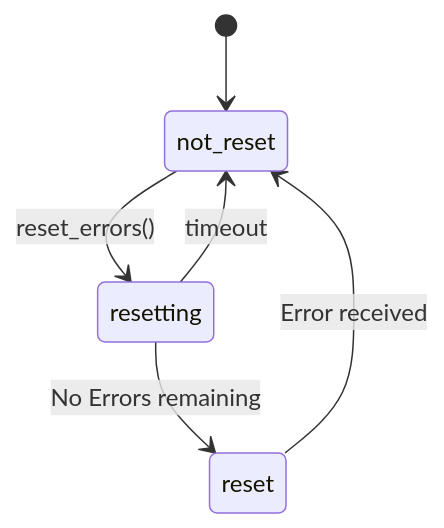
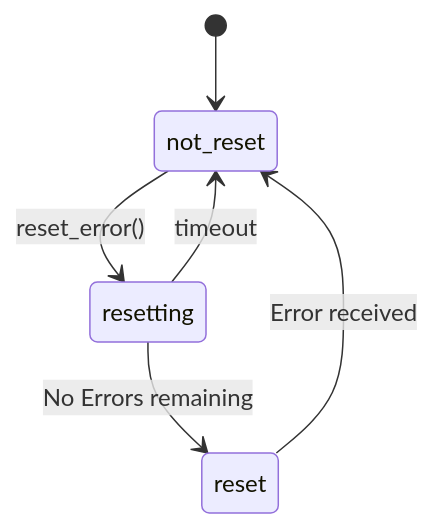
The third of 4 diagrams in irc_ros_hardware/README.md (CommonplaceRobotics/iRC_ROS), drawn with Mermaid before and after one commit. The commit also changed 12 other files, not shown here.

````diff
--- a/irc_ros_hardware/README.md
+++ b/irc_ros_hardware/README.md
@@ -87,8 +87,8 @@
 ```mermaid
 stateDiagram-v2
     [*] --> not_reset
-    not_reset --> resetting : reset_errors()
+    not_reset --> resetting : reset_error()
     resetting --> reset : No Errors remaining
     resetting --> not_reset : timeout
     reset --> not_reset : Error received 
 ```
````
